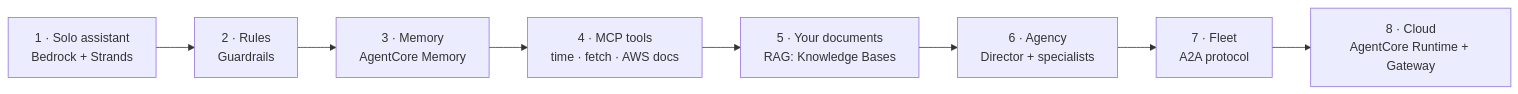
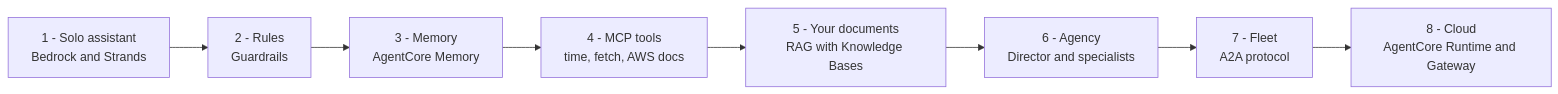
One commit to aws-ug-ensenada/claude-on-aws-ensenada changed the diagram in README.md. Above: the diagram before and after it, drawn with Mermaid.

Commit message:
fix(readme): simpler Mermaid diagram so GitHub renders it
One edge per line and plain ASCII labels; the single chained flowchart showed
'Unable to render rich display' on GitHub.

````diff
--- a/README.md
+++ b/README.md
@@ -7,5 +7,18 @@
 ```mermaid
 flowchart LR
-    L1["1 · Solo assistant<br/>Bedrock + Strands"] --> L2["2 · Rules<br/>Guardrails"] --> L3["3 · Memory<br/>AgentCore Memory"] --> L4["4 · MCP tools<br/>time · fetch · AWS docs"]
-    L4 --> L5["5 · Your documents<br/>RAG: Knowledge Bases"] --> L6["6 · Agency<br/>Director + specialists"] --> L7["7 · Fleet<br/>A2A protocol"] --> L8["8 · Cloud<br/>AgentCore Runtime + Gateway"]
+    L1["1 - Solo assistant<br/>Bedrock and Strands"]
+    L2["2 - Rules<br/>Guardrails"]
+    L3["3 - Memory<br/>AgentCore Memory"]
+    L4["4 - MCP tools<br/>time, fetch, AWS docs"]
+    L5["5 - Your documents<br/>RAG with Knowledge Bases"]
+    L6["6 - Agency<br/>Director and specialists"]
+    L7["7 - Fleet<br/>A2A protocol"]
+    L8["8 - Cloud<br/>AgentCore Runtime and Gateway"]
+    L1 --> L2
+    L2 --> L3
+    L3 --> L4
+    L4 --> L5
+    L5 --> L6
+    L6 --> L7
+    L7 --> L8
 ```
````
